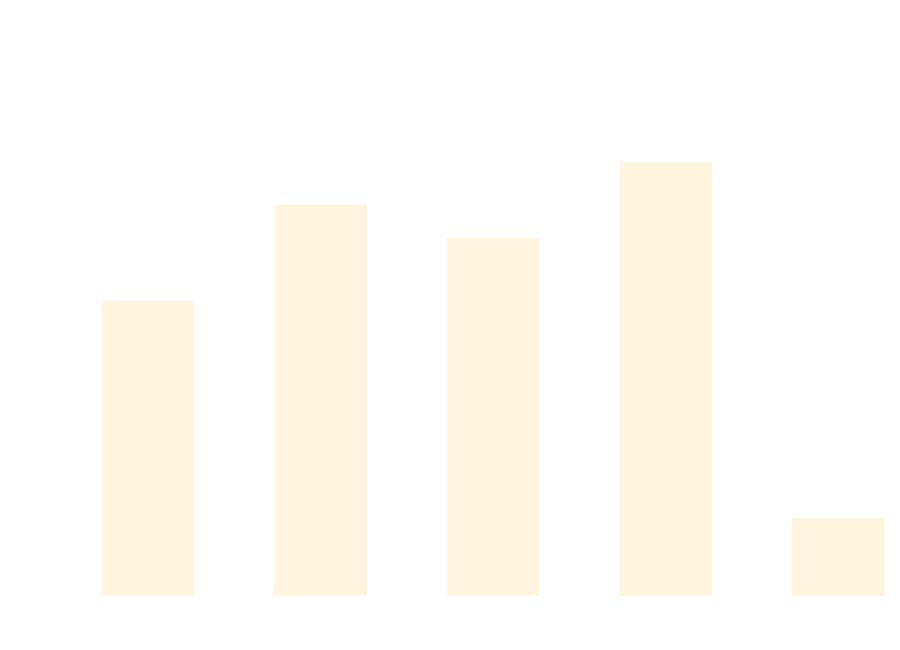
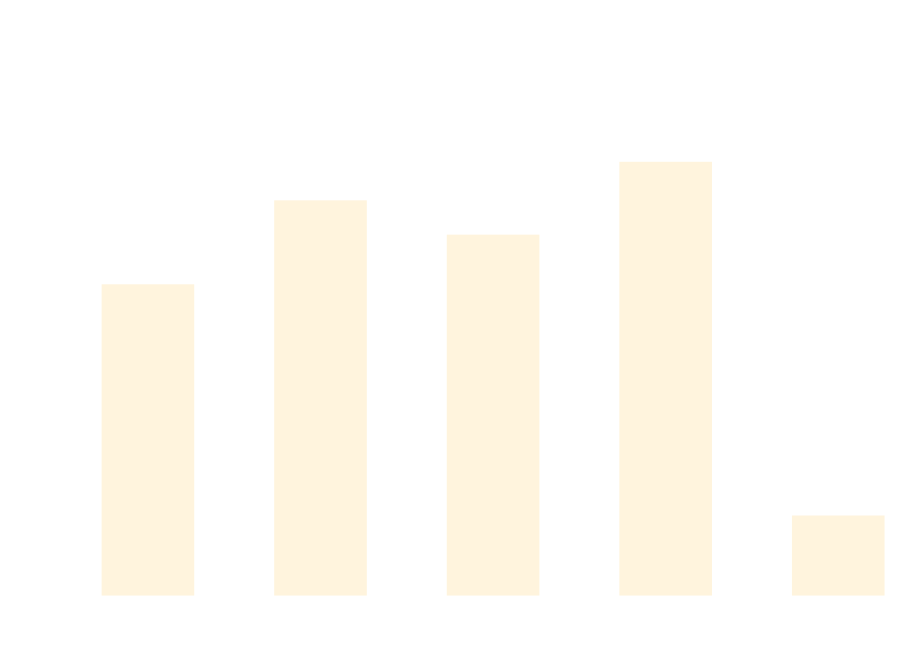
One commit to thomhurst/TUnit changed the diagram in docs/docs/benchmarks/AsyncTests.md. Above: the diagram before and after it, drawn with Mermaid. The commit also changed other lines of this file and 17 other files, not shown here.

````diff
--- a/docs/docs/benchmarks/AsyncTests.md
+++ b/docs/docs/benchmarks/AsyncTests.md
@@ -27,37 +27,37 @@
 ```mermaid
 %%{init: {
   'theme':'base',
   'themeVariables': {
     'primaryColor': '#2563eb',
     'primaryTextColor': '#ffffff',
     'primaryBorderColor': '#1e40af',
     'lineColor': '#6b7280',
     'secondaryColor': '#7c3aed',
     'tertiaryColor': '#dc2626',
     'background': '#ffffff',
     'mainBkg': '#2563eb',
     'secondBkg': '#7c3aed',
     'tertiaryBkg': '#dc2626',
     'clusterBkg': '#f3f4f6',
     'edgeLabelBackground': '#ffffff',
     'tertiaryTextColor': '#1f2937',
     'pie1': '#2563eb',
     'pie2': '#7c3aed',
     'pie3': '#dc2626',
     'pie4': '#f59e0b',
     'pie5': '#10b981',
     'pie6': '#06b6d4',
     'pie7': '#ec4899',
     'pie8': '#6366f1',
     'pie9': '#84cc16',
     'pie10': '#f97316',
     'pie11': '#14b8a6',
     'pie12': '#a855f7'
   }
 }}%%
 xychart-beta
   title "AsyncTests Performance Comparison"
   x-axis ["TUnit", "NUnit", "MSTest", "xUnit3", "TUnit_AOT"]
-  y-axis "Time (ms)" 0 --> 921
-  bar [515.8, 690.2, 629.3, 767.3, 122.8]
+  y-axis "Time (ms)" 0 --> 882
+  bar [522.6, 668.2, 608.7, 735, 121.8]
 ```
````
